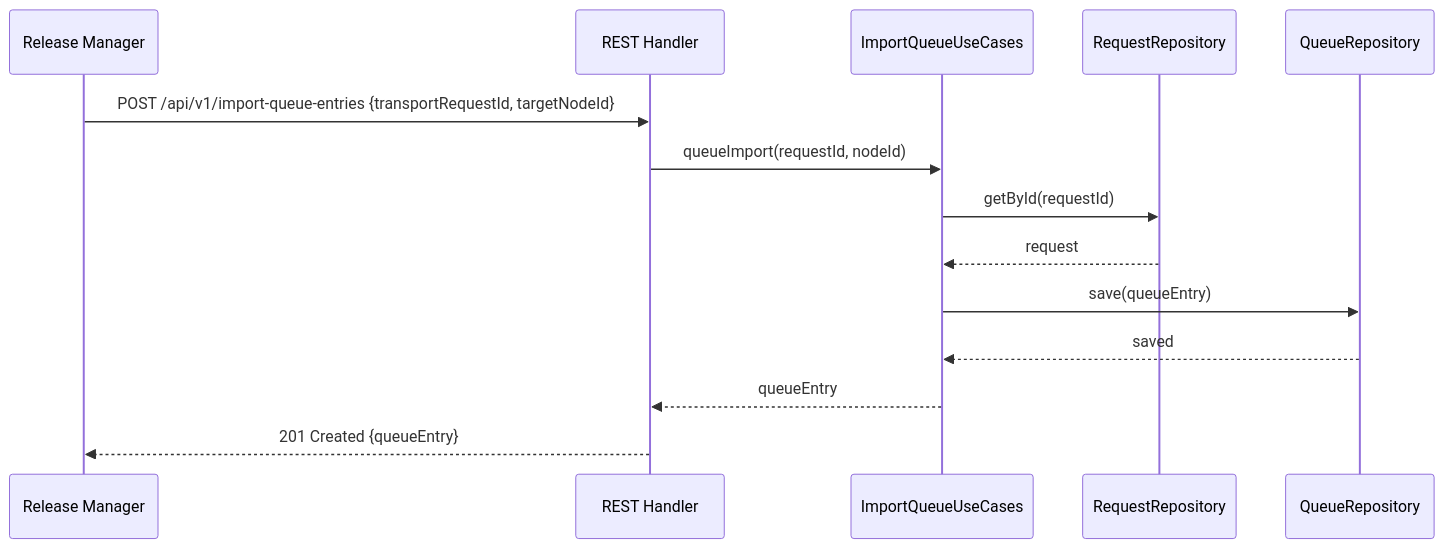
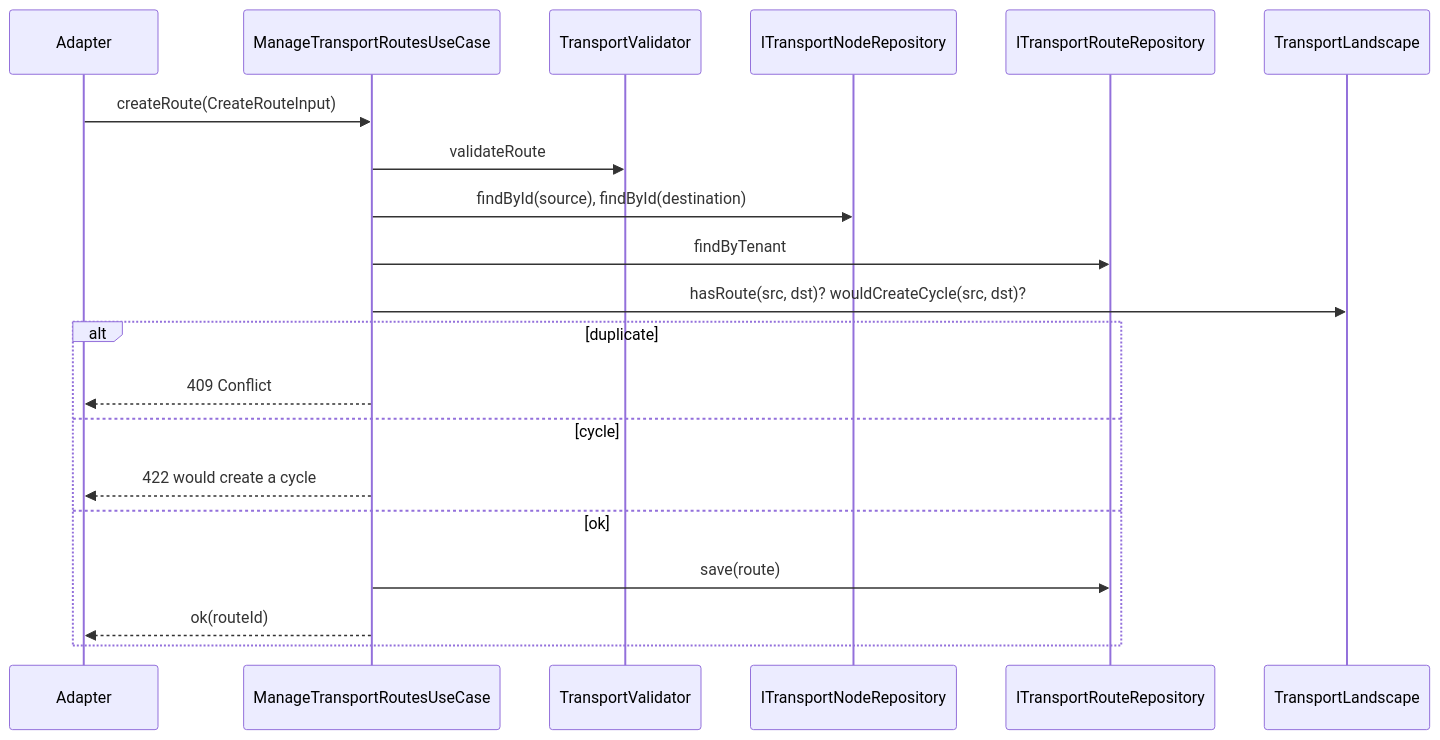
The seventh of 9 diagrams in transport/UML.md (UIMSolutions/uim-platform), drawn with Mermaid before and after one commit. The commit also changed other lines of this file and 36 other files, not shown here.

````diff
--- a/transport/UML.md
+++ b/transport/UML.md
@@ -89,17 +333,23 @@
 ```mermaid
 sequenceDiagram
-    participant R as Release Manager
-    participant H as REST Handler
-    participant UC as ImportQueueUseCases
-    participant RQR as RequestRepository
-    participant IQR as QueueRepository
+    participant AD as Adapter
+    participant UC as ManageTransportRoutesUseCase
+    participant V as TransportValidator
+    participant N as ITransportNodeRepository
+    participant RR as ITransportRouteRepository
+    participant L as TransportLandscape
 
-    R->>H: POST /api/v1/import-queue-entries {transportRequestId, targetNodeId}
-    H->>UC: queueImport(requestId, nodeId)
-    UC->>RQR: getById(requestId)
-    RQR-->>UC: request
-    UC->>IQR: save(queueEntry)
-    IQR-->>UC: saved
-    UC-->>H: queueEntry
-    H-->>R: 201 Created {queueEntry}
+    AD->>UC: createRoute(CreateRouteInput)
+    UC->>V: validateRoute
+    UC->>N: findById(source), findById(destination)
+    UC->>RR: findByTenant
+    UC->>L: hasRoute(src, dst)?  wouldCreateCycle(src, dst)?
+    alt duplicate
+        UC-->>AD: 409 Conflict
+    else cycle
+        UC-->>AD: 422 would create a cycle
+    else ok
+        UC->>RR: save(route)
+        UC-->>AD: ok(routeId)
+    end
 ```
````
